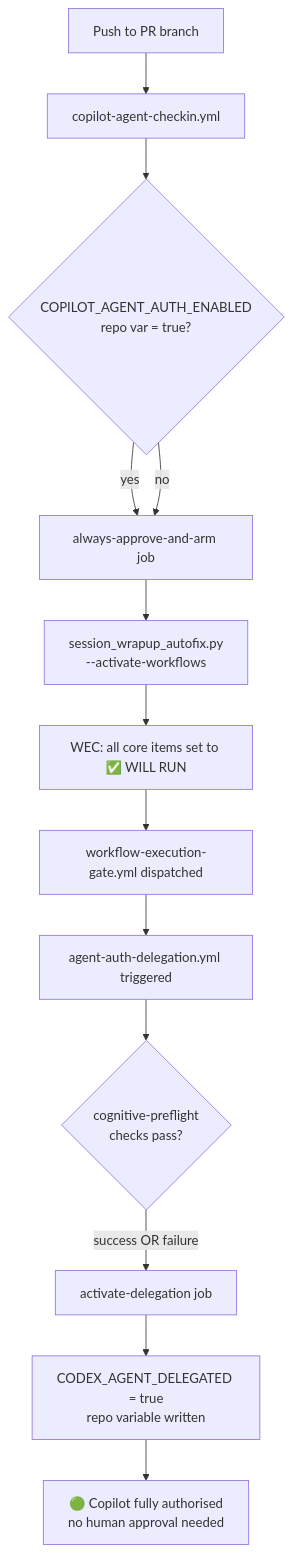
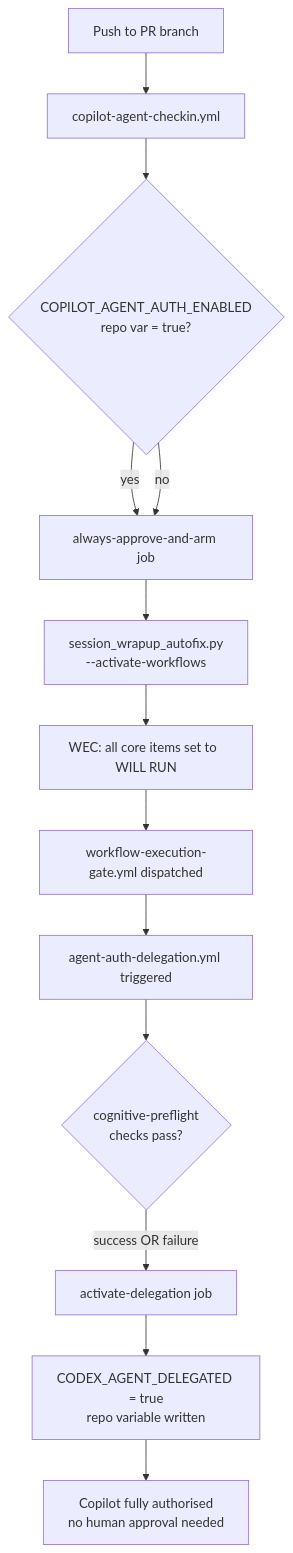
Before and after one commit to Aries-Serpent/_codex_: the first of 4 diagrams in docs/admin/COPILOT_AGENT_ADMIN_SETUP.md, drawn with Mermaid. The commit also changed other lines of this file and 2029 other files, not shown here.

````diff
--- a/docs/admin/COPILOT_AGENT_ADMIN_SETUP.md
+++ b/docs/admin/COPILOT_AGENT_ADMIN_SETUP.md
@@ -541,16 +543,16 @@
 ```mermaid
 %%{init: {'accessibility': {'title': 'Flowchart showing Push to PR branch, copilot-agent-checkin.yml'}}%%
 flowchart TD
     A[Push to PR branch] --> B[copilot-agent-checkin.yml]
     B --> C{COPILOT_AGENT_AUTH_ENABLED\nrepo var = true?}
     C -- yes --> D[always-approve-and-arm job]
     C -- no  --> D
     D --> E[session_wrapup_autofix.py\n--activate-workflows]
-    E --> F[WEC: all core items set to ✅ WILL RUN]
+    E --> F[WEC: all core items set to  WILL RUN]
     F --> G[workflow-execution-gate.yml dispatched]
     G --> H[agent-auth-delegation.yml triggered]
     H --> I{cognitive-preflight\nchecks pass?}
     I -- success OR failure --> J[activate-delegation job]
     J --> K[CODEX_AGENT_DELEGATED = true\nrepo variable written]
-    K --> L[🟢 Copilot fully authorised\nno human approval needed]
+    K --> L[ Copilot fully authorised\nno human approval needed]
 ```
````
